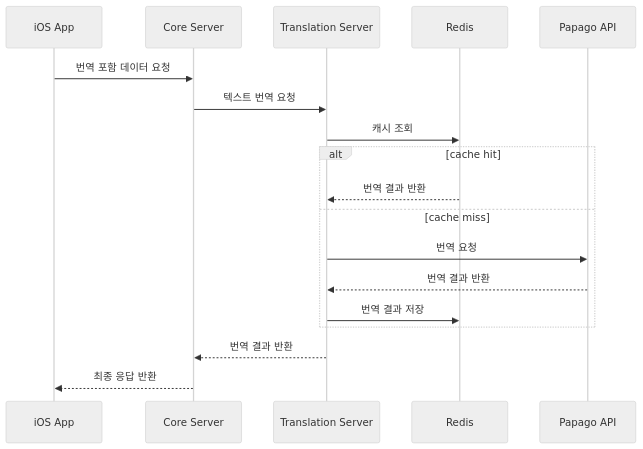
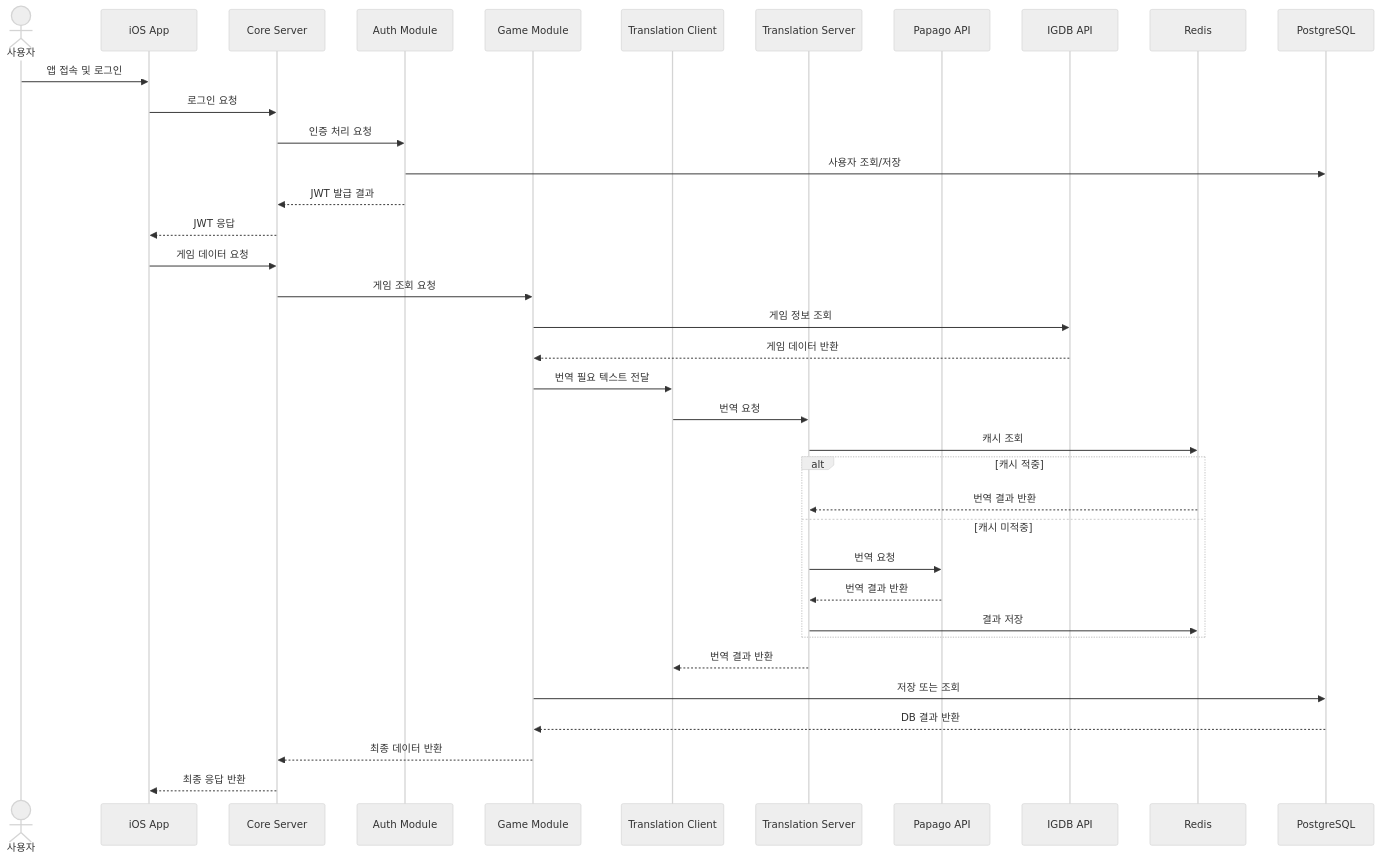
One commit to HwangSeokBeom/GamePediaDocs changed the second of 2 diagrams in docs/01-architecture/system-architecture.md. Above: the diagram before and after it, drawn with Mermaid (neutral theme). The commit also changed other lines of this file and 8 other files, not shown here.

Commit message:
Update architecture docs and add branch strategy

````diff
--- a/docs/01-architecture/system-architecture.md
+++ b/docs/01-architecture/system-architecture.md
@@ -136,21 +93,41 @@
 ```mermaid
 sequenceDiagram
+    actor User as 사용자
     participant App as iOS App
     participant Core as Core Server
-    participant Translation as Translation Server
+    participant Auth as Auth Module
+    participant Game as Game Module
+    participant TC as Translation Client
+    participant TS as Translation Server
+    participant Papago as Papago API
+    participant IGDB as IGDB API
     participant Redis as Redis
-    participant Papago as Papago API
+    participant PG as PostgreSQL
 
-    App->>Core: 번역 포함 데이터 요청
-    Core->>Translation: 텍스트 번역 요청
-    Translation->>Redis: 캐시 조회
-    alt cache hit
-        Redis-->>Translation: 번역 결과 반환
-    else cache miss
-        Translation->>Papago: 번역 요청
-        Papago-->>Translation: 번역 결과 반환
-        Translation->>Redis: 번역 결과 저장
+    User->>App: 앱 접속 및 로그인
+    App->>Core: 로그인 요청
+    Core->>Auth: 인증 처리 요청
+    Auth->>PG: 사용자 조회/저장
+    Auth-->>Core: JWT 발급 결과
+    Core-->>App: JWT 응답
+
+    App->>Core: 게임 데이터 요청
+    Core->>Game: 게임 조회 요청
+    Game->>IGDB: 게임 정보 조회
+    IGDB-->>Game: 게임 데이터 반환
+    Game->>TC: 번역 필요 텍스트 전달
+    TC->>TS: 번역 요청
+    TS->>Redis: 캐시 조회
+    alt 캐시 적중
+        Redis-->>TS: 번역 결과 반환
+    else 캐시 미적중
+        TS->>Papago: 번역 요청
+        Papago-->>TS: 번역 결과 반환
+        TS->>Redis: 결과 저장
     end
-    Translation-->>Core: 번역 결과 반환
+    TS-->>TC: 번역 결과 반환
+    Game->>PG: 저장 또는 조회
+    PG-->>Game: DB 결과 반환
+    Game-->>Core: 최종 데이터 반환
     Core-->>App: 최종 응답 반환
 ```
````
